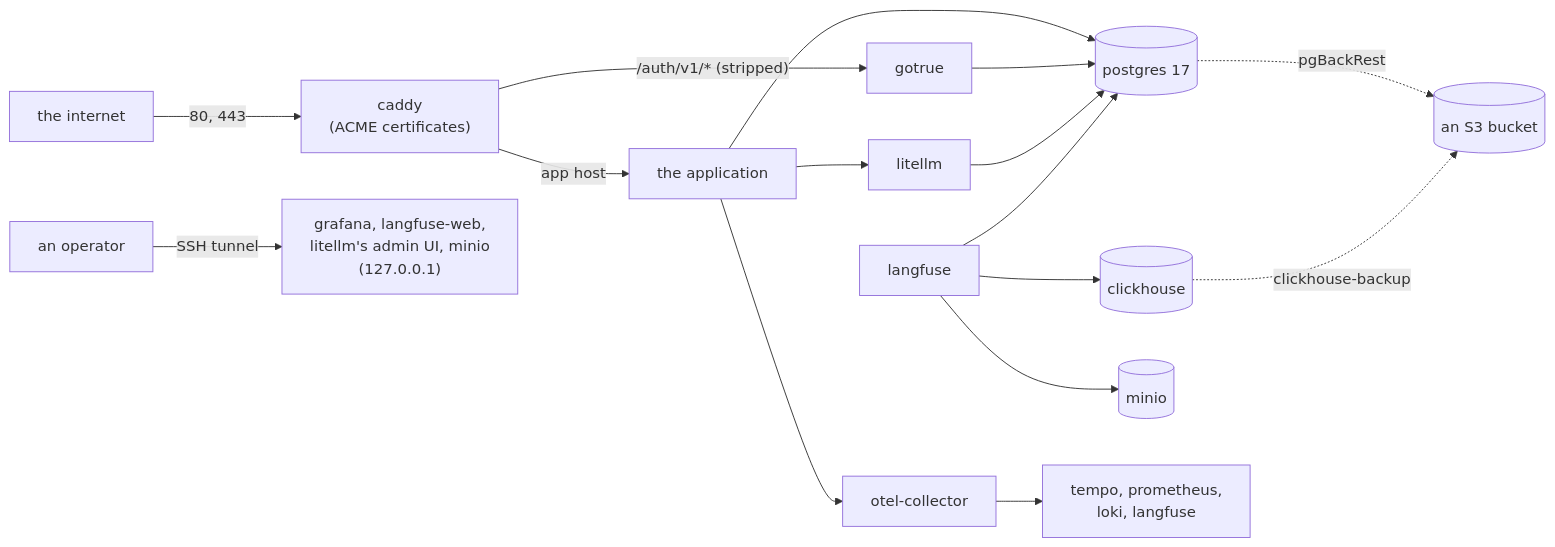
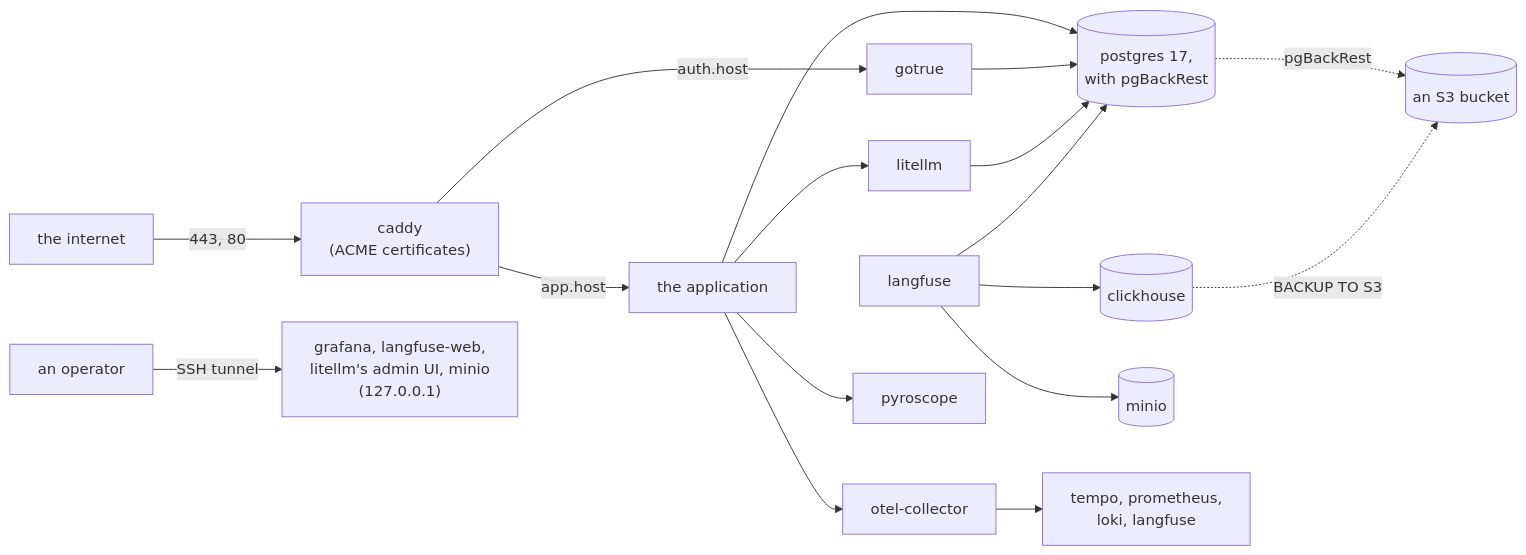
Before and after one commit to alexnodeland/lattice: the first of 2 diagrams in docs/stackr/rfcs/0004-hosting-recipes.md, drawn with Mermaid. The commit also changed other lines of this file and 4 other files, not shown here.

First line of the commit message:
docs(rfc): RFC-0004 after review: a Compose state host, auth.<host>, ADR-0022's two URLs

````diff
--- a/docs/stackr/rfcs/0004-hosting-recipes.md
+++ b/docs/stackr/rfcs/0004-hosting-recipes.md
@@ -75,17 +67,27 @@
 ```mermaid
 graph LR
-    internet["the internet"] -- "80, 443" --> caddy["caddy<br/>(ACME certificates)"]
-    caddy -- "app host" --> app["the application"]
-    caddy -- "/auth/v1/* (stripped)" --> gotrue["gotrue"]
+    internet["the internet"] -- "443, 80" --> caddy["caddy<br/>(ACME certificates)"]
+    caddy -- "app.host" --> app["the application"]
+    caddy -- "auth.host" --> gotrue["gotrue"]
     operator["an operator"] -- "SSH tunnel" --> uis["grafana, langfuse-web,<br/>litellm's admin UI, minio<br/>(127.0.0.1)"]
     litellm["litellm"]
     collector["otel-collector"]
     langfuse["langfuse"]
-    postgres[("postgres 17")]
-    app --> litellm & collector
-    app & gotrue & litellm & langfuse --> postgres
-    langfuse --> clickhouse[("clickhouse")] & minio[("minio")]
+    pyroscope["pyroscope"]
+    postgres[("postgres 17,<br/>with pgBackRest")]
+    clickhouse[("clickhouse")]
+    minio[("minio")]
+    bucket[("an S3 bucket")]
+    app --> litellm
+    app --> collector
+    app --> pyroscope
+    app --> postgres
+    gotrue --> postgres
+    litellm --> postgres
+    langfuse --> postgres
+    langfuse --> clickhouse
+    langfuse --> minio
     collector --> backends["tempo, prometheus,<br/>loki, langfuse"]
-    postgres -. "pgBackRest" .-> bucket[("an S3 bucket")]
-    clickhouse -. "clickhouse-backup" .-> bucket
+    postgres -. "pgBackRest" .-> bucket
+    clickhouse -. "BACKUP TO S3" .-> bucket
 ```
````
